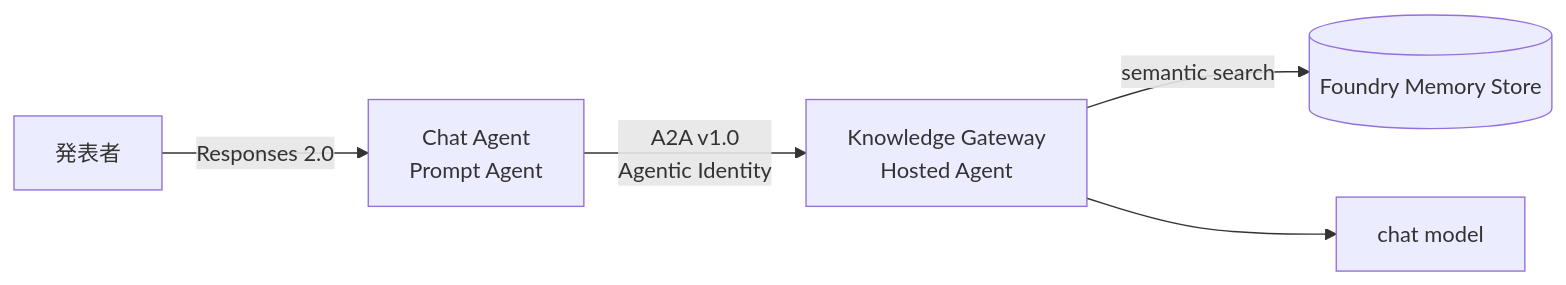
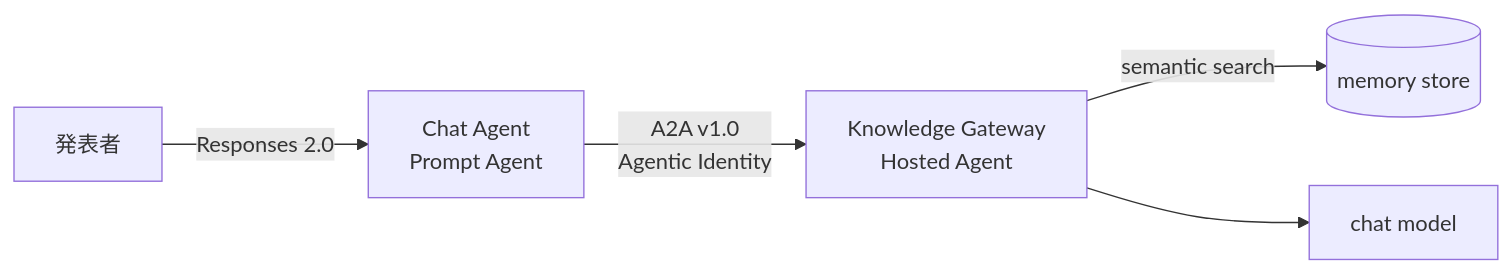
Before and after one commit to shinyay/getting-started-with-foundry-toolkit-in-practice: the diagram in agentic-knowledge-gateway/DEMO.md, drawn with Mermaid. The commit also changed other lines of this file and 4 other files, not shown here.

````diff
--- a/agentic-knowledge-gateway/DEMO.md
+++ b/agentic-knowledge-gateway/DEMO.md
@@ -27,7 +27,7 @@
 ```mermaid
 flowchart LR
     U[発表者] -->|Responses 2.0| C[Chat Agent<br/>Prompt Agent]
     C -->|A2A v1.0<br/>Agentic Identity| G[Knowledge Gateway<br/>Hosted Agent]
-    G -->|semantic search| M[(Foundry Memory Store)]
+    G -->|semantic search| M[(memory store)]
     G --> L[chat model]
 ```
````
